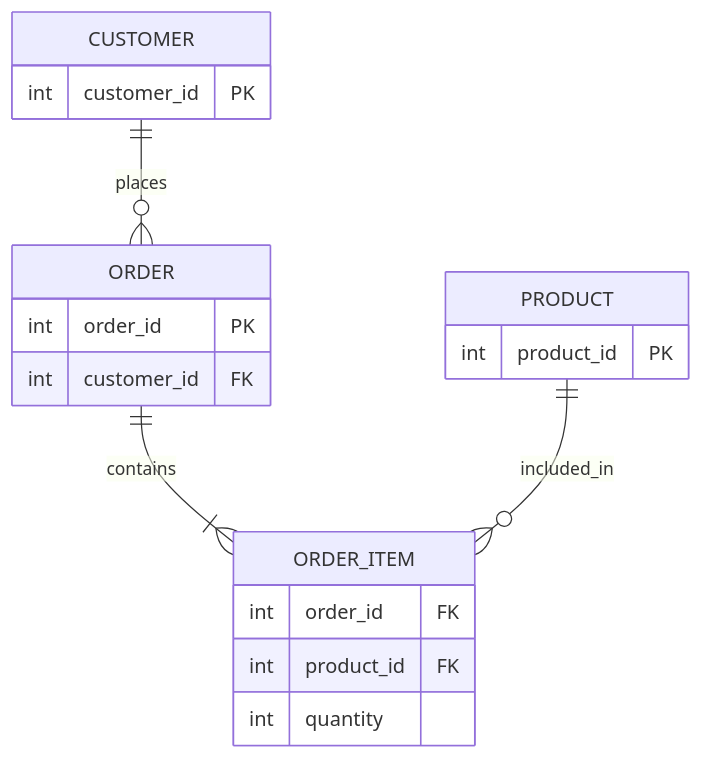
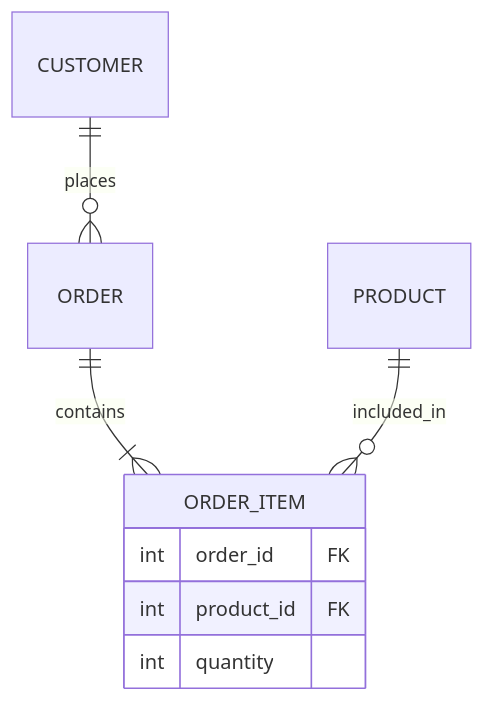
Before and after one commit to agnusdei1207/study: the diagram in src/content/docs/notes/itpe/03-data/028_erd.md, drawn with Mermaid. The commit also changed other lines of this file and 47 other files, not shown here.

````diff
--- a/src/content/docs/notes/itpe/03-data/028_erd.md
+++ b/src/content/docs/notes/itpe/03-data/028_erd.md
@@ -105,21 +89,11 @@
 ```mermaid
 erDiagram
     CUSTOMER ||--o{ ORDER : places
     ORDER ||--|{ ORDER_ITEM : contains
     PRODUCT ||--o{ ORDER_ITEM : included_in
-    CUSTOMER {
-        int customer_id PK
-    }
-    ORDER {
-        int order_id PK
-        int customer_id FK
-    }
     ORDER_ITEM {
         int order_id FK
         int product_id FK
         int quantity
     }
-    PRODUCT {
-        int product_id PK
-    }
 ```
````
